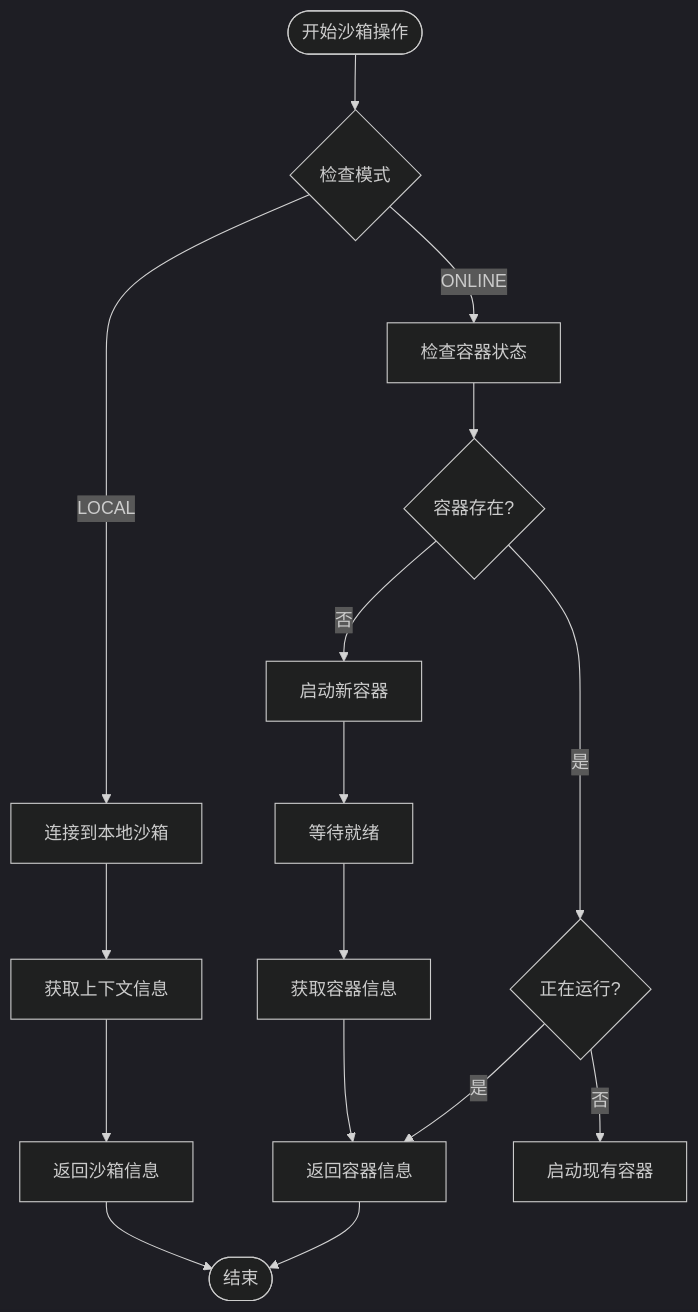
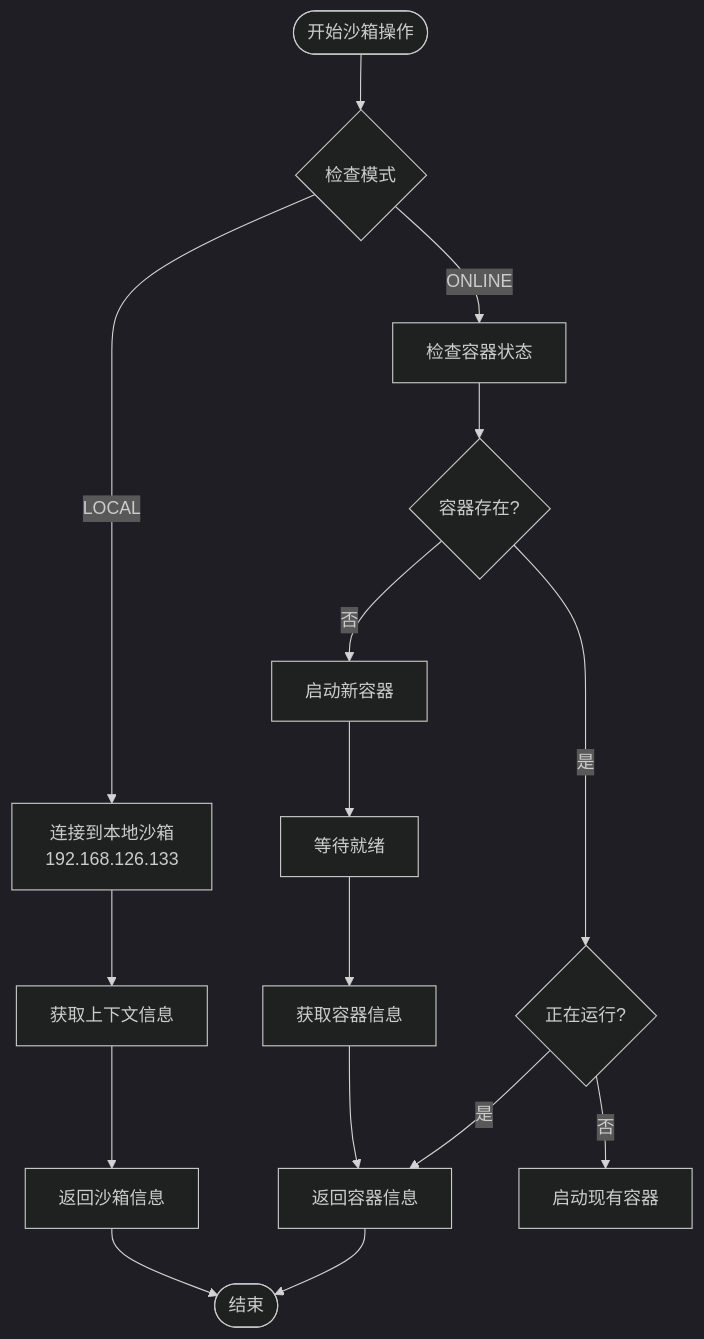
The fourth of 9 diagrams in .qoder/repowiki/zh/content/系统架构设计/Firecracker 沙箱执行架构/Firecracker 沙箱执行架构.md (zhangdahai112/LocalManus), drawn with Mermaid (dark theme) before and after one commit. The commit also changed other lines of this file and 11 other files, not shown here.

````diff
--- a/.qoder/repowiki/zh/content/系统架构设计/Firecracker 沙箱执行架构/Firecracker 沙箱执行架构.md
+++ b/.qoder/repowiki/zh/content/系统架构设计/Firecracker 沙箱执行架构/Firecracker 沙箱执行架构.md
@@ -272,18 +272,18 @@
 ```mermaid
 flowchart TD
 Start(["开始沙箱操作"]) --> CheckMode{"检查模式"}
-CheckMode --> |LOCAL| ConnectLocal["连接到本地沙箱"]
+CheckMode --> |LOCAL| ConnectLocal["连接到本地沙箱<br/>192.168.126.133"]
 CheckMode --> |ONLINE| CheckContainer["检查容器状态"]
 ConnectLocal --> GetContext["获取上下文信息"]
 GetContext --> ReturnLocal["返回沙箱信息"]
 CheckContainer --> ContainerExists{"容器存在?"}
 ContainerExists --> |是| CheckRunning{"正在运行?"}
 ContainerExists --> |否| StartContainer["启动新容器"]
 CheckRunning --> |是| ReturnContainer["返回容器信息"]
 CheckRunning --> |否| StartExisting["启动现有容器"]
 StartContainer --> WaitReady["等待就绪"]
 WaitReady --> GetInfo["获取容器信息"]
 GetInfo --> ReturnContainer
 ReturnContainer --> End(["结束"])
 ReturnLocal --> End
 ```
````
